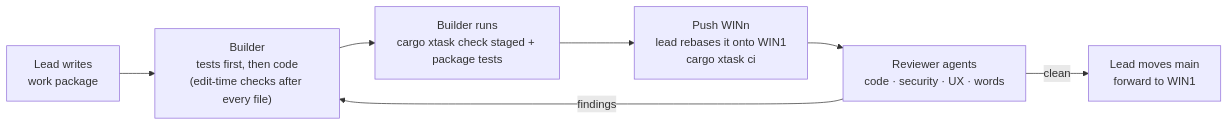
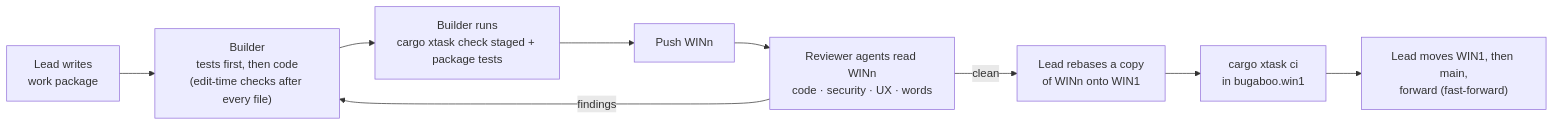
The diagram in docs/04-milestones.md (Nusi42/Bugaboo), drawn with Mermaid before and after one commit. The commit also changed other lines of this file and 2 other files, not shown here.

Commit message:
docs: move the shared branch only after review and the full run
Review reads the builder's branch; only after the last round is clean is
a copy rebased onto the shared branch, checked in full and moved
forward. A branch reset for the next change no longer follows its old
copy, so its first push needs --force-with-lease, and a rebase drops
old merge commits with their conflict resolutions, which are resolved
again commit by commit. The memory note now points to these steps
instead of repeating them.

````diff
--- a/docs/04-milestones.md
+++ b/docs/04-milestones.md
@@ -30,9 +30,11 @@
 ```mermaid
 flowchart LR
   plan["Lead writes<br/>work package"] --> build["Builder<br/>tests first, then code<br/>(edit-time checks after every file)"]
   build --> self["Builder runs<br/>cargo xtask check staged + package tests"]
-  self --> pr["Push WINn<br/>lead rebases it onto WIN1<br/>cargo xtask ci"]
-  pr --> rev["Reviewer agents<br/>code · security · UX · words"]
+  self --> pr["Push WINn"]
+  pr --> rev["Reviewer agents read WINn<br/>code · security · UX · words"]
   rev -- "findings" --> build
-  rev -- "clean" --> merge["Lead moves main<br/>forward to WIN1"]
+  rev -- "clean" --> rebase["Lead rebases a copy<br/>of WINn onto WIN1"]
+  rebase --> ci["cargo xtask ci<br/>in bugaboo.win1"]
+  ci --> merge["Lead moves WIN1, then main,<br/>forward (fast-forward)"]
 ```
````
